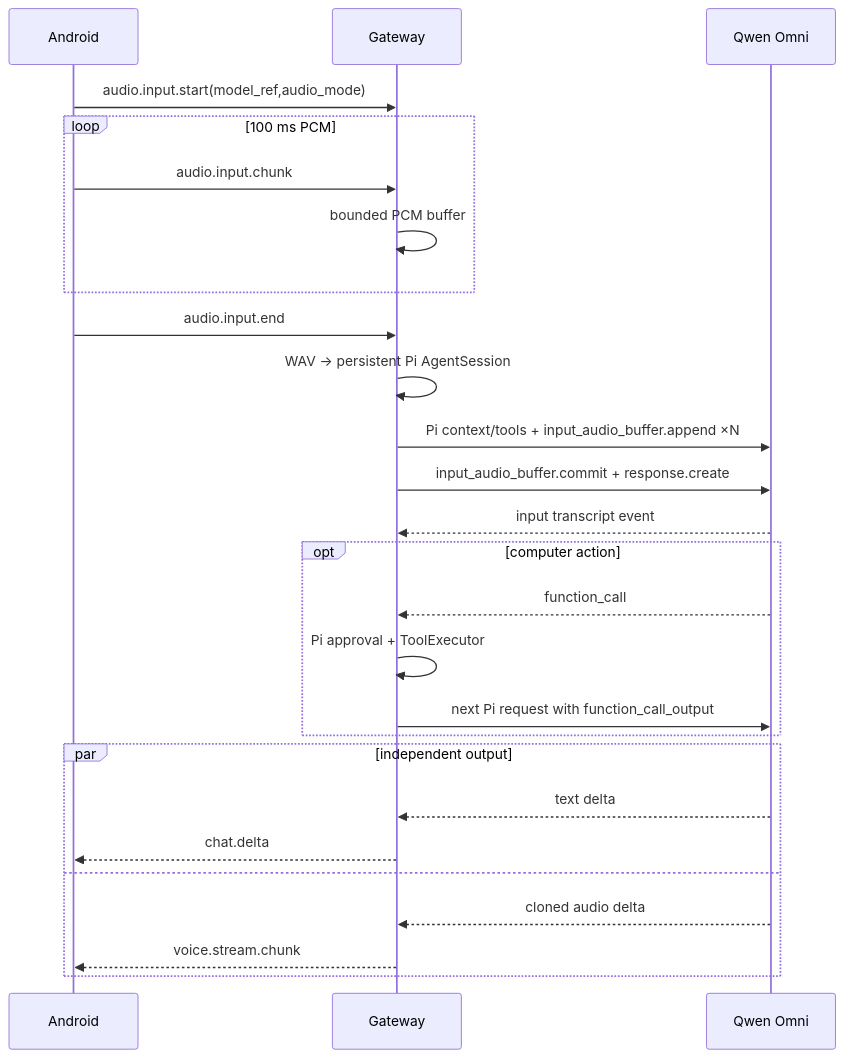
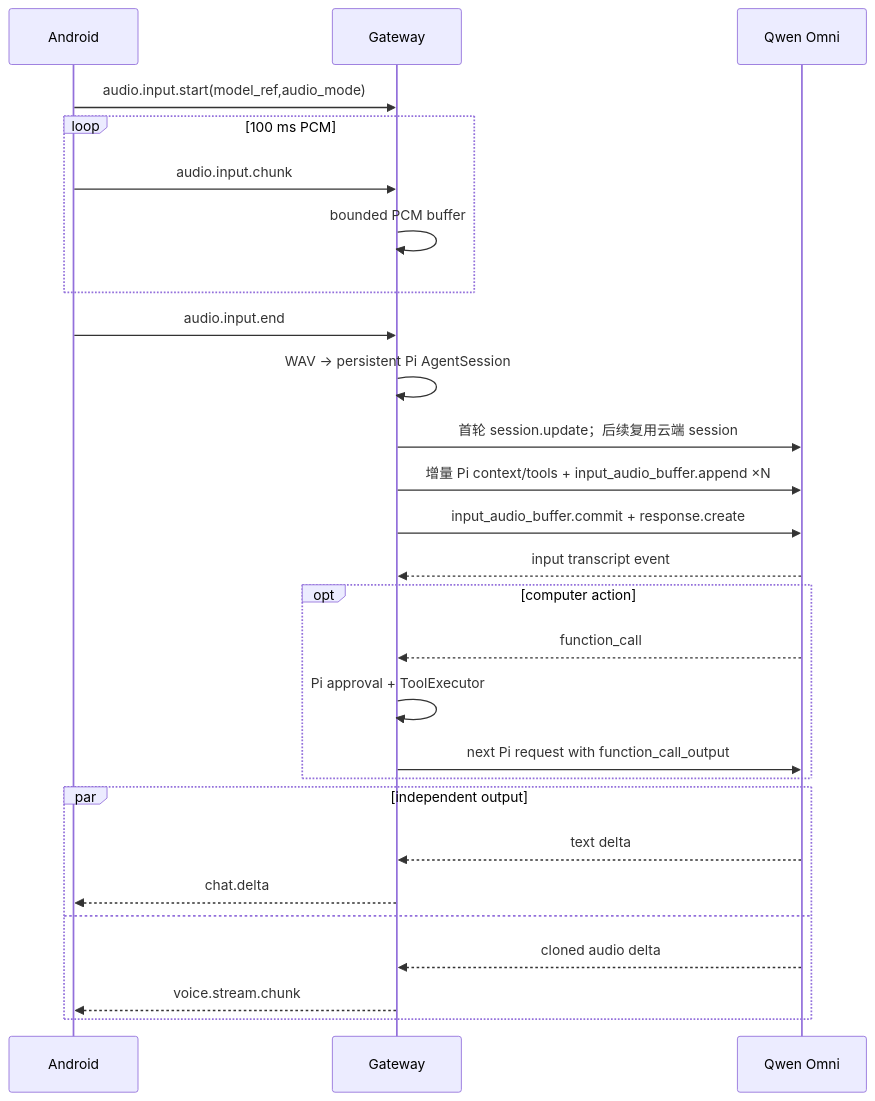
The diagram in docs/features/FEAT-voice-omni-audio.md (sdyzjx/open-yachiyo), drawn with Mermaid before and after one commit. The commit also changed other lines of this file and 10 other files, not shown here.

````diff
--- a/docs/features/FEAT-voice-omni-audio.md
+++ b/docs/features/FEAT-voice-omni-audio.md
@@ -23,28 +23,29 @@
 ```mermaid
 sequenceDiagram
   participant A as Android
   participant G as Gateway
   participant Q as Qwen Omni
   A->>G: audio.input.start(model_ref,audio_mode)
   loop 100 ms PCM
     A->>G: audio.input.chunk
     G->>G: bounded PCM buffer
   end
   A->>G: audio.input.end
   G->>G: WAV -> persistent Pi AgentSession
-  G->>Q: Pi context/tools + input_audio_buffer.append ×N
+  G->>Q: 首轮 session.update；后续复用云端 session
+  G->>Q: 增量 Pi context/tools + input_audio_buffer.append ×N
   G->>Q: input_audio_buffer.commit + response.create
   Q-->>G: input transcript event
   opt computer action
     Q-->>G: function_call
     G->>G: Pi approval + ToolExecutor
     G->>Q: next Pi request with function_call_output
   end
   par independent output
     Q-->>G: text delta
     G-->>A: chat.delta
   and
     Q-->>G: cloned audio delta
     G-->>A: voice.stream.chunk
   end
 ```
````
